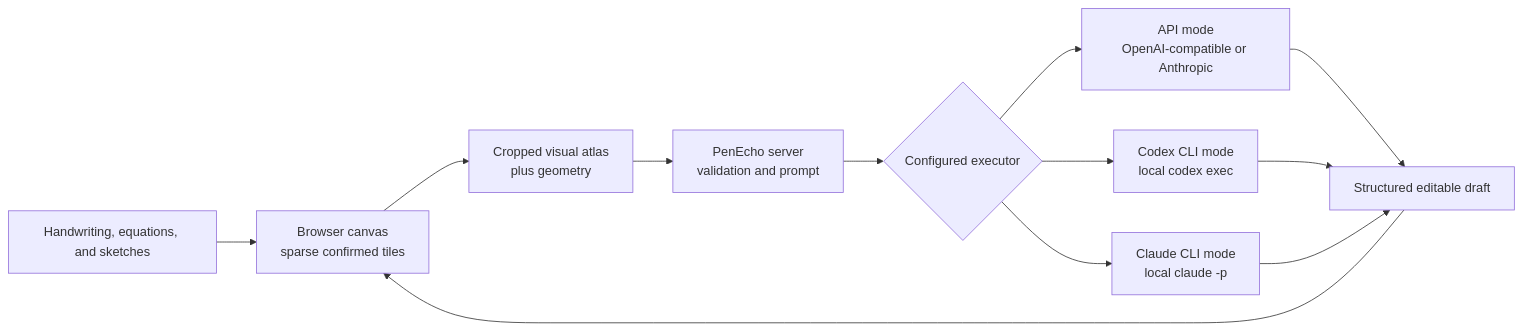
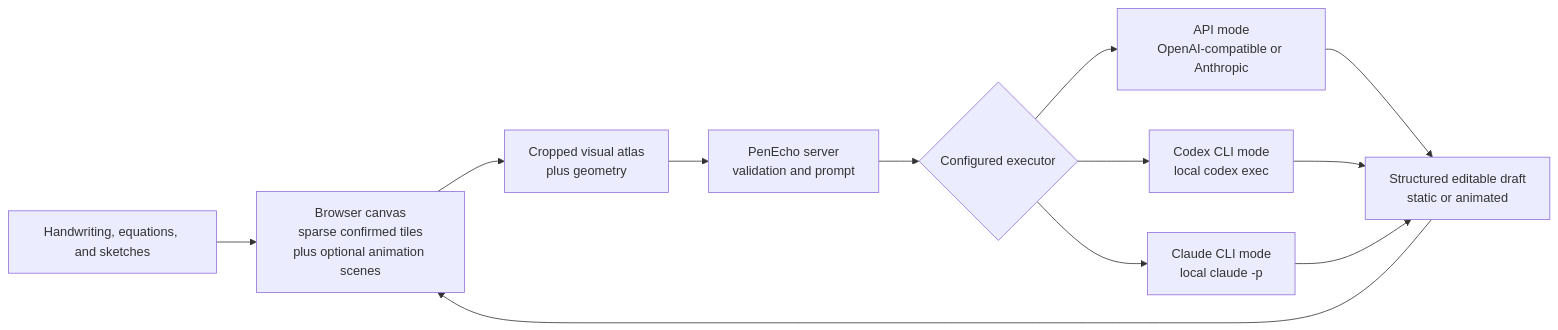
Before and after one commit to Chiazor-Daniel/myechoBoard: the diagram in README.md, drawn with Mermaid. The commit also changed other lines of this file and 15 other files, not shown here.

Commit message:
feat: add configurable animated scenes for 0.6.0

````diff
--- a/README.md
+++ b/README.md
@@ -49,14 +71,14 @@
 ```mermaid
 flowchart LR
-  User["Handwriting, equations, and sketches"] --> Canvas["Browser canvas<br/>sparse confirmed tiles"]
+  User["Handwriting, equations, and sketches"] --> Canvas["Browser canvas<br/>sparse confirmed tiles<br/>plus optional animation scenes"]
   Canvas --> Atlas["Cropped visual atlas<br/>plus geometry"]
   Atlas --> Server["PenEcho server<br/>validation and prompt"]
   Server --> Executor{"Configured executor"}
   Executor --> API["API mode<br/>OpenAI-compatible or Anthropic"]
   Executor --> Codex["Codex CLI mode<br/>local codex exec"]
   Executor --> Claude["Claude CLI mode<br/>local claude -p"]
-  API --> Draft["Structured editable draft"]
+  API --> Draft["Structured editable draft<br/>static or animated"]
   Codex --> Draft
   Claude --> Draft
   Draft --> Canvas
 ```
````
